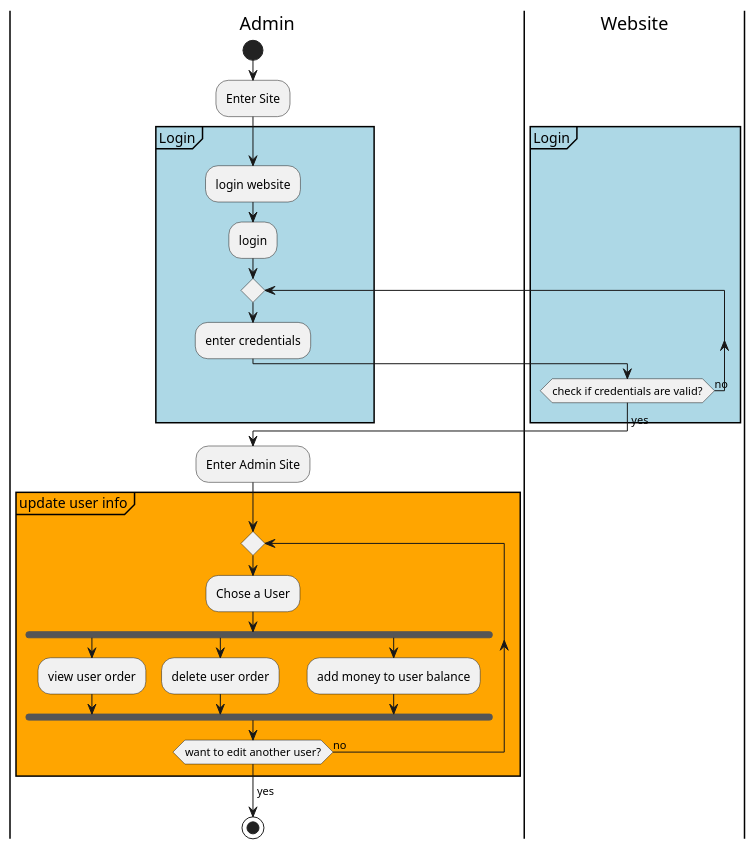
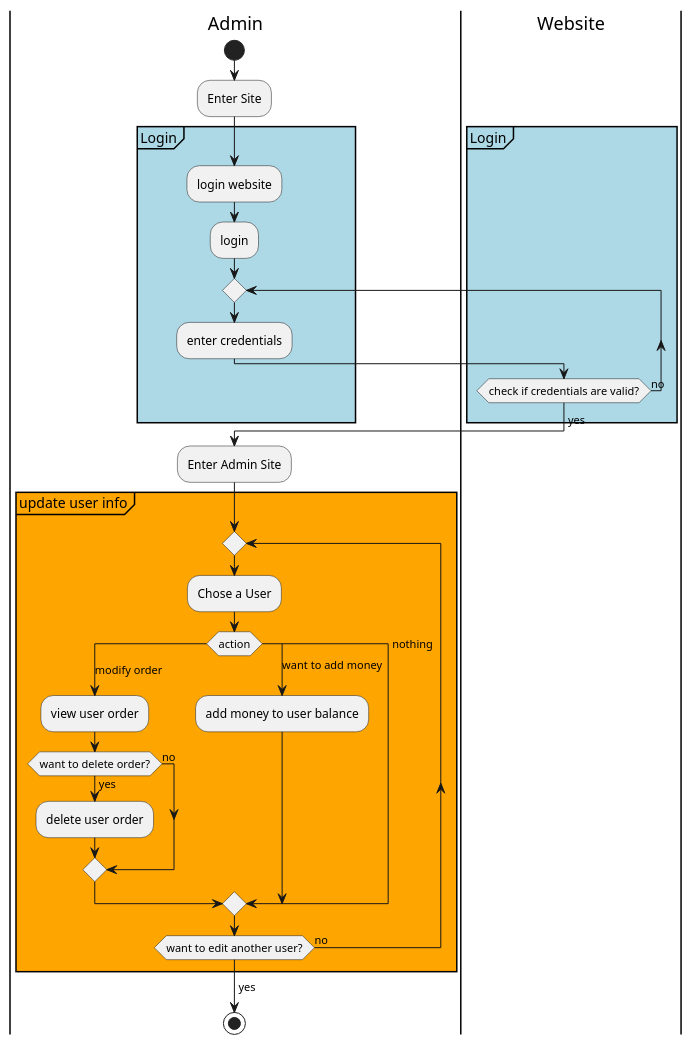
One commit to NokIkNick/Cupkake---Gruppe-B changed the diagram in src/docs/plantUML/ActivityDragramAdmin.puml. Above: the diagram before and after it, drawn with PlantUML. The commit also changed 1 other file, not shown here.

```diff
--- a/src/docs/plantUML/ActivityDragramAdmin.puml
+++ b/src/docs/plantUML/ActivityDragramAdmin.puml
@@ -1,32 +1,36 @@
 @startuml
 'https://plantuml.com/activity-diagram-beta
 |Admin|
 start
 :Enter Site;
 partition #lightBlue Login {
 :login website;
 :login;
 repeat
 :enter credentials;
 |Website|
 repeat while (check if credentials are valid?) is (no)
 ->yes;
 }
 |Admin|
 :Enter Admin Site;
 partition #Orange update user info {
 repeat
 :Chose a User;
-fork
-:view user order;
-fork again
-:delete user order;
-fork again
-:add money to user balance;
-end fork
+switch (action)
+case (modify order)
+ :view user order;
+ if (want to delete order?) then (yes)
+ :delete user order;
+ else (no)
+ end if
+case (want to add money)
+  :add money to user balance;
+case (nothing)
+endswitch
 repeat while (want to edit another user?) is (no)
 -> yes;
 }
 stop
 
 @enduml
```
